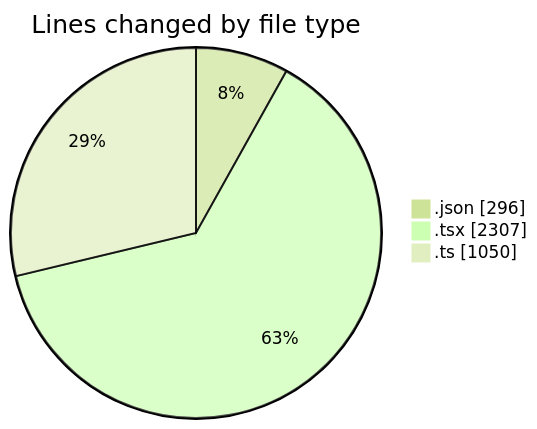
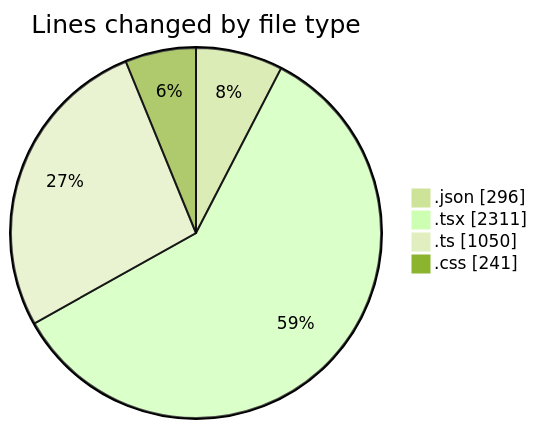
Before and after one commit to julien-gomy/code-tracking: the first of 2 diagrams in 2025-10-07/eventscop-frontend-guide__workspace_/README.md, drawn with Mermaid (forest theme). The commit also changed other lines of this file and 1 other file, not shown here.

````diff
--- a/2025-10-07/eventscop-frontend-guide__workspace_/README.md
+++ b/2025-10-07/eventscop-frontend-guide__workspace_/README.md
@@ -40,7 +41,8 @@
 ```mermaid
 pie showData
 title Lines changed by file type
 ".json" : 296
-".tsx" : 2307
+".tsx" : 2311
 ".ts" : 1050
+".css" : 241
 ```
````
